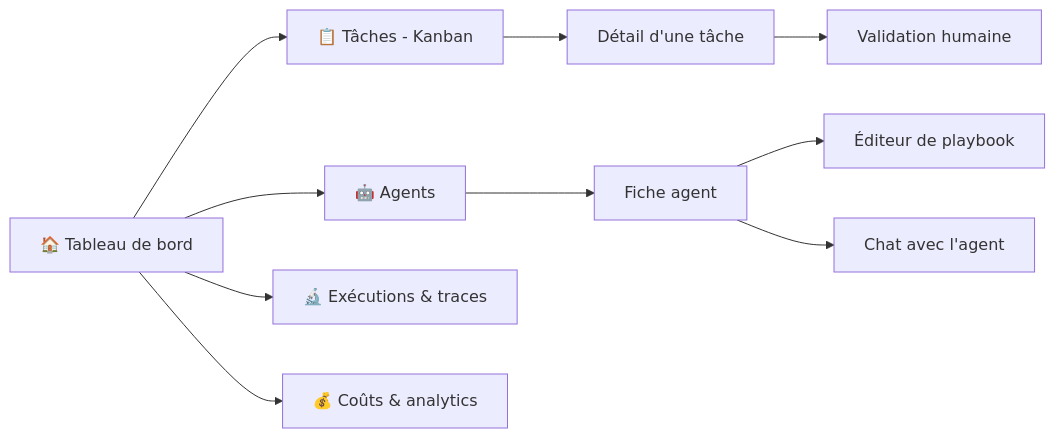
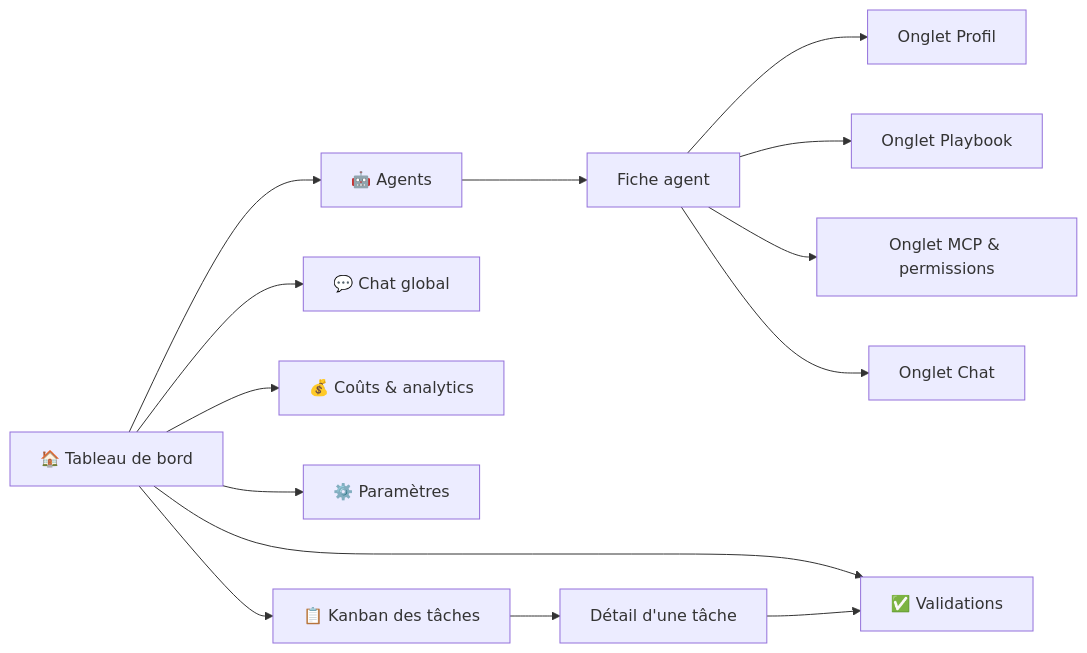
One commit to automatemaestro-create/maestro changed the diagram in docs/05-interface-control-tower.md. Above: the diagram before and after it, drawn with Mermaid. The commit also changed other lines of this file and 6 other files, not shown here.

````diff
--- a/docs/05-interface-control-tower.md
+++ b/docs/05-interface-control-tower.md
@@ -10,12 +16,16 @@
 ```mermaid
 flowchart LR
-    Home[🏠 Tableau de bord] --> Tasks[📋 Tâches - Kanban]
-    Home --> Agents[🤖 Agents]
-    Home --> Runs[🔬 Exécutions & traces]
+    Home[🏠 Tableau de bord] --> Agents[🤖 Agents]
+    Home --> Chat[💬 Chat global]
     Home --> Costs[💰 Coûts & analytics]
+    Home --> Approve[✅ Validations]
+    Home --> Settings[⚙️ Paramètres]
+    Home --> Tasks[📋 Kanban des tâches]
     Agents --> AgentDetail[Fiche agent]
-    AgentDetail --> Playbook[Éditeur de playbook]
-    AgentDetail --> AgentChat[Chat avec l'agent]
+    AgentDetail --> Profil[Onglet Profil]
+    AgentDetail --> Playbook[Onglet Playbook]
+    AgentDetail --> Mcp[Onglet MCP & permissions]
+    AgentDetail --> AgentChat[Onglet Chat]
     Tasks --> TaskDetail[Détail d'une tâche]
-    TaskDetail --> Approve[Validation humaine]
+    TaskDetail --> Approve
 ```
````
